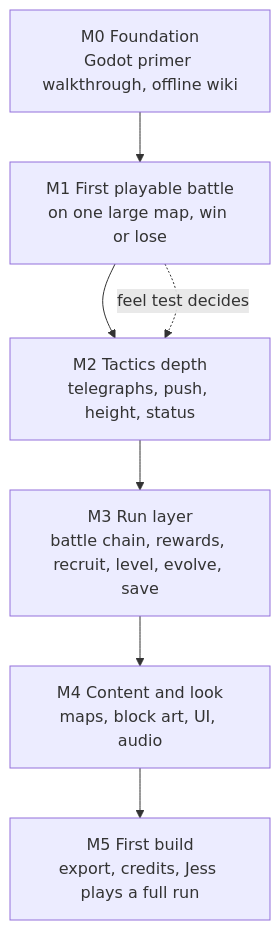
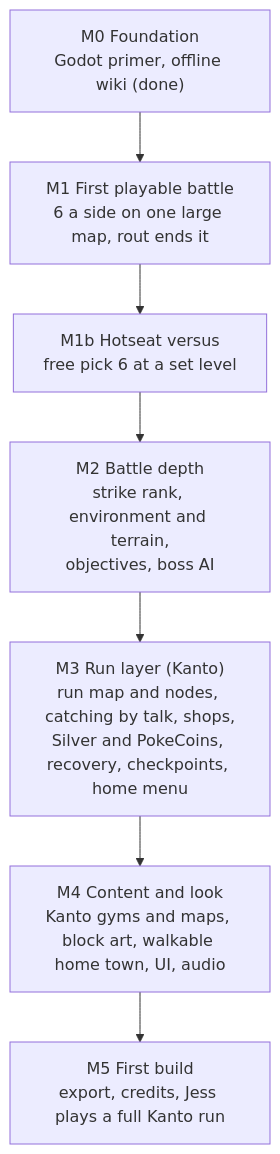
The first of 3 diagrams in docs/discussion-outputs/development-plan.md (Jess-Rivera/poketactics), drawn with Mermaid before and after one commit. The commit also changed other lines of this file and 22 other files, not shown here.

Commit message:
Top-level design grilling: game-design.md, 13 rulings (Kanto run roguelite, 6 a side, catch by talk, no PP, multiplayer horizon), revised roadmap with M1b; issues #14 to #16

````diff
--- a/docs/discussion-outputs/development-plan.md
+++ b/docs/discussion-outputs/development-plan.md
@@ -8,10 +8,10 @@
 ```mermaid
 flowchart TD
-    M0["M0 Foundation<br/>Godot primer walkthrough, offline wiki"] --> M1
-    M1["M1 First playable battle<br/>on one large map, win or lose"] --> M2
-    M2["M2 Tactics depth<br/>telegraphs, push, height, status"] --> M3
-    M3["M3 Run layer<br/>battle chain, rewards, recruit, level, evolve, save"] --> M4
-    M4["M4 Content and look<br/>maps, block art, UI, audio"] --> M5
-    M5["M5 First build<br/>export, credits, Jess plays a full run"]
-    M1 -.->|feel test decides| M2
+    M0["M0 Foundation<br/>Godot primer, offline wiki (done)"] --> M1
+    M1["M1 First playable battle<br/>6 a side on one large map, rout ends it"] --> M1b
+    M1b["M1b Hotseat versus<br/>free pick 6 at a set level"] --> M2
+    M2["M2 Battle depth<br/>strike rank, environment and terrain,<br/>objectives, boss AI"] --> M3
+    M3["M3 Run layer (Kanto)<br/>run map and nodes, catching by talk, shops,<br/>Silver and PokeCoins, recovery, checkpoints, home menu"] --> M4
+    M4["M4 Content and look<br/>Kanto gyms and maps, block art, walkable home town, UI, audio"] --> M5
+    M5["M5 First build<br/>export, credits, Jess plays a full Kanto run"]
 ```
````
